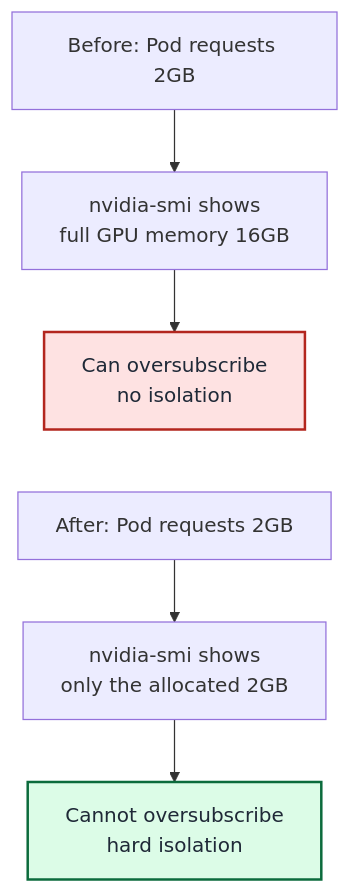
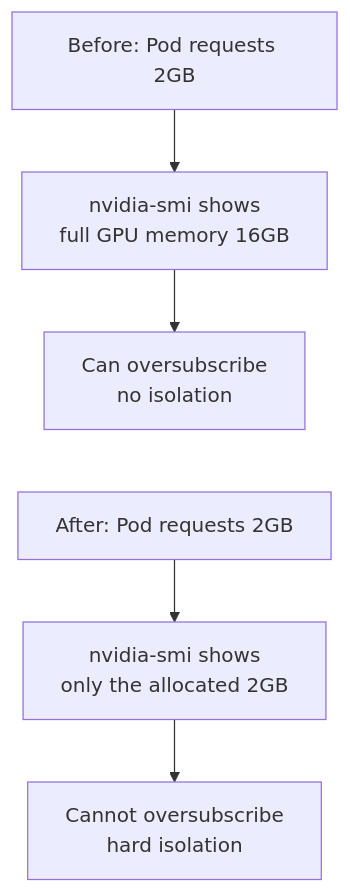
Before and after one commit to Project-HAMi/website: the second of 3 diagrams in blog/hami-core-adopted-by-nvidia-kai-scheduler/index.md, drawn with Mermaid. The commit also changed other lines of this file and 9 other files, not shown here.

First line of the commit message:
fix(ui): make mermaid diagrams readable in dark mode (#772)

````diff
--- a/blog/hami-core-adopted-by-nvidia-kai-scheduler/index.md
+++ b/blog/hami-core-adopted-by-nvidia-kai-scheduler/index.md
@@ -86,13 +84,13 @@
 ```mermaid
 %% title: GPU Memory Isolation: Before vs After HAMi
 graph TD
     A1["Before: Pod requests 2GB"] --> A2["nvidia-smi shows<br/>full GPU memory 16GB"]
     A2 --> A3["Can oversubscribe<br/>no isolation"]
 
     B1["After: Pod requests 2GB"] --> B2["nvidia-smi shows<br/>only the allocated 2GB"]
     B2 --> B3["Cannot oversubscribe<br/>hard isolation"]
 
     A3 ~~~ B1
-    style A3 fill:#fee2e2,stroke:#b3261e,stroke-width:2px,color:#1f2937
-    style B3 fill:#dcfce7,stroke:#0b6b3c,stroke-width:2px,color:#1f2937
+    class A3 bad
+    class B3 ok
 ```
````
